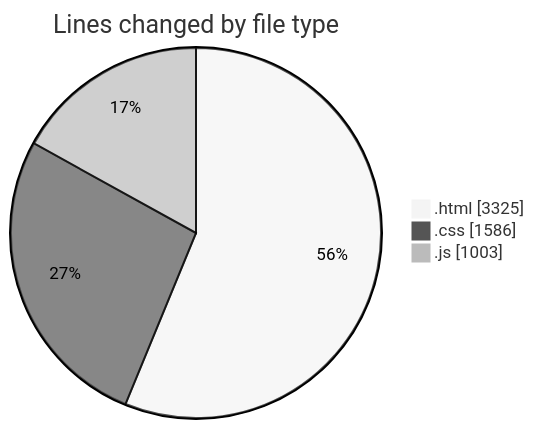
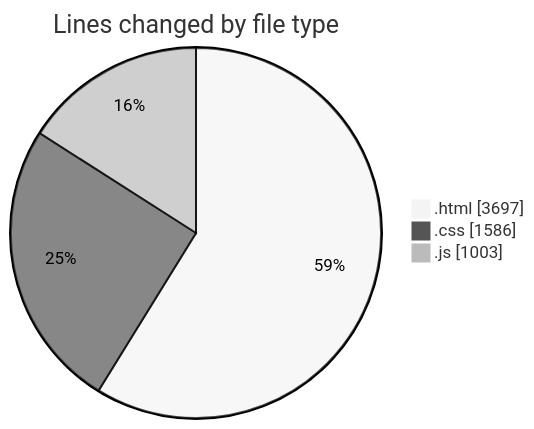
The first of 2 diagrams in 2025-05-24/projects/README.md (Ritupan-Deka/code-tracking), drawn with Mermaid (neutral theme) before and after one commit. The commit also changed other lines of this file and 1 other file, not shown here.

````diff
--- a/2025-05-24/projects/README.md
+++ b/2025-05-24/projects/README.md
@@ -23,7 +23,7 @@
 ```mermaid
 pie showData
 title Lines changed by file type
-".html" : 3325
+".html" : 3697
 ".css" : 1586
 ".js" : 1003
 ```
````
